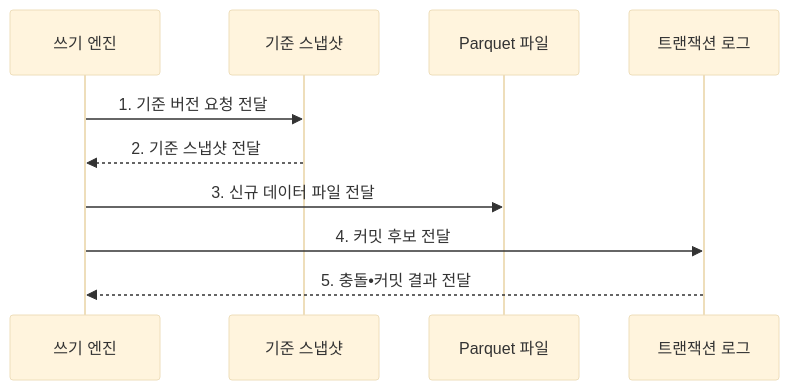
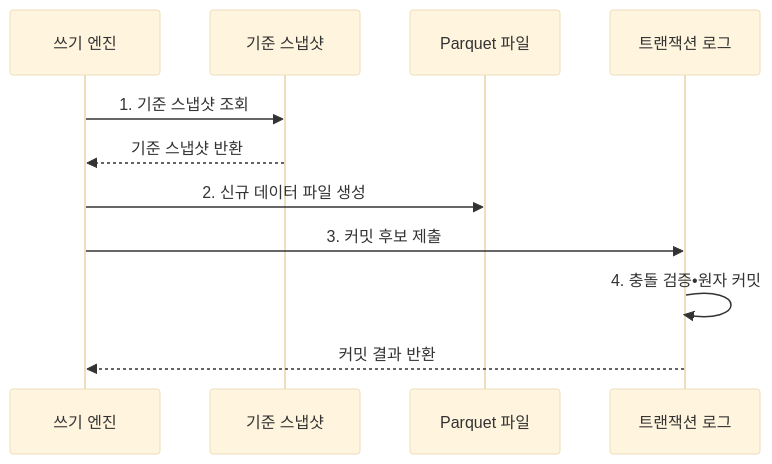
Before and after one commit to agnusdei1207/knowledge-base: the second of 2 diagrams in src/content/docs/notes/08-latest-tech/190_delta_lake.md, drawn with Mermaid (base theme). The commit also changed other lines of this file and 4 other files, not shown here.

````diff
--- a/src/content/docs/notes/08-latest-tech/190_delta_lake.md
+++ b/src/content/docs/notes/08-latest-tech/190_delta_lake.md
@@ -99,12 +99,13 @@
 ```mermaid
 sequenceDiagram
     participant W as 쓰기 엔진
     participant S as 기준 스냅샷
     participant F as Parquet 파일
     participant L as 트랜잭션 로그
-    W->>S: 1. 기준 버전 요청 전달
-    S-->>W: 2. 기준 스냅샷 전달
-    W->>F: 3. 신규 데이터 파일 전달
-    W->>L: 4. 커밋 후보 전달
-    L-->>W: 5. 충돌•커밋 결과 전달
+    W->>S: 1. 기준 스냅샷 조회
+    S-->>W: 기준 스냅샷 반환
+    W->>F: 2. 신규 데이터 파일 생성
+    W->>L: 3. 커밋 후보 제출
+    L->>L: 4. 충돌 검증•원자 커밋
+    L-->>W: 커밋 결과 반환
 ```
````
